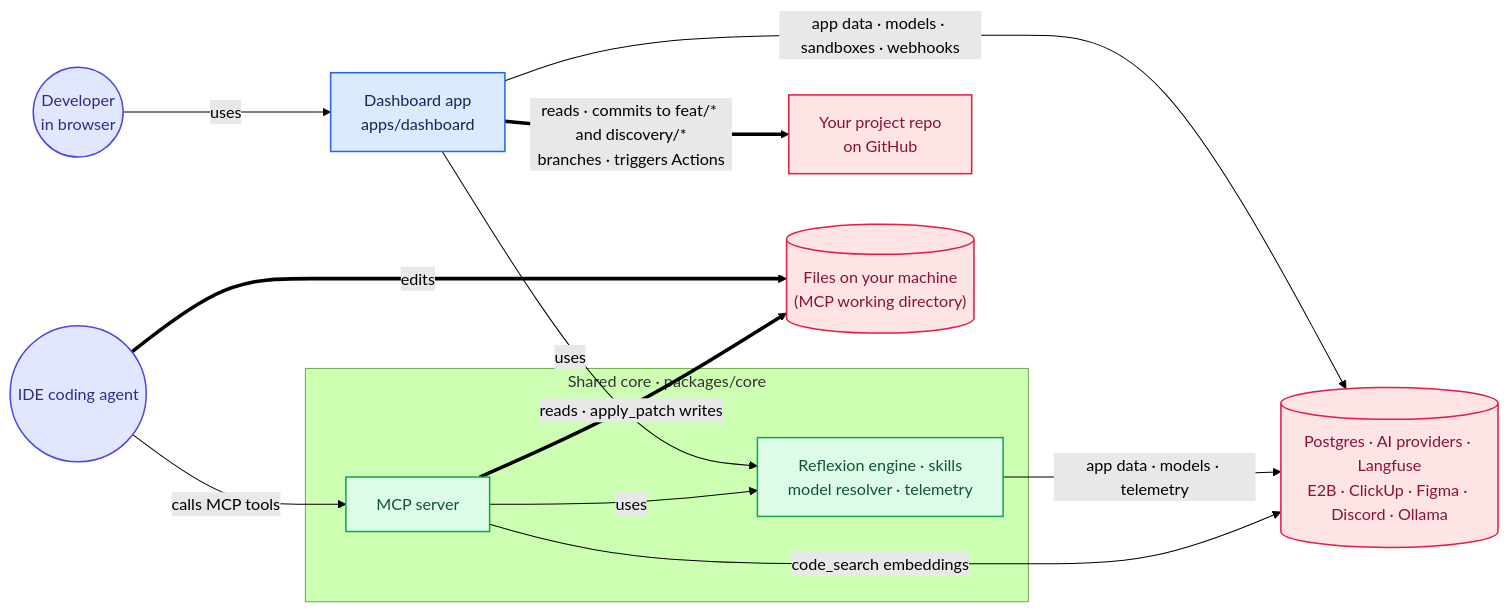
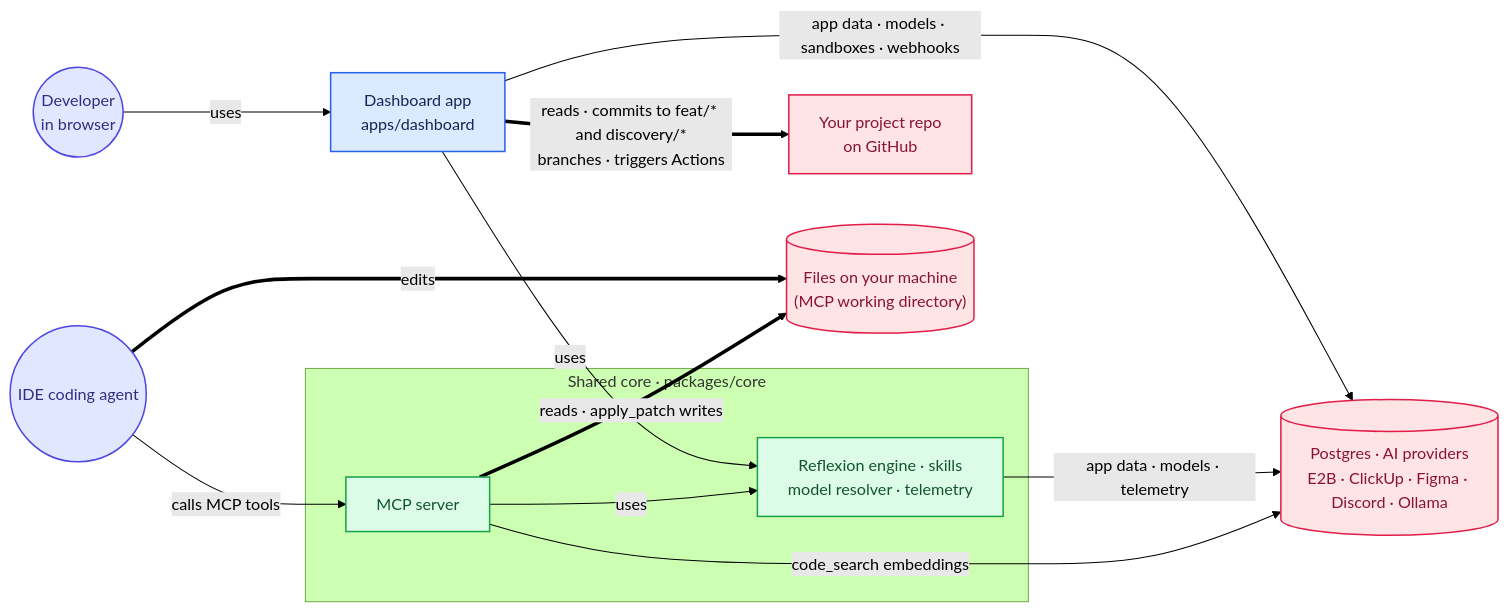
Before and after one commit to bronz3beard/ai.tech-lead-stack: the first of 10 diagrams in README.md, drawn with Mermaid (forest theme). The commit also changed other lines of this file and 84 other files, not shown here.

````diff
--- a/README.md
+++ b/README.md
@@ -71,35 +71,35 @@
 ```mermaid
 flowchart LR
   dev(("Developer<br/>in browser"))
   agent(("IDE coding agent"))
   dash["Dashboard app<br/>apps/dashboard"]
 
   subgraph core["Shared core · packages/core"]
     mcp["MCP server"]
     libs["Reflexion engine · skills<br/>model resolver · telemetry"]
   end
 
   repo["Your project repo<br/>on GitHub"]
   code[("Files on your machine<br/>(MCP working directory)")]
-  ext[("Postgres · AI providers · Langfuse<br/>E2B · ClickUp · Figma · Discord · Ollama")]
+  ext[("Postgres · AI providers<br/>E2B · ClickUp · Figma · Discord · Ollama")]
 
   dev -->|"uses"| dash
   agent -->|"calls MCP tools"| mcp
   agent ==>|"edits"| code
   mcp ==>|"reads · apply_patch writes"| code
   dash -->|"uses"| libs
   mcp -->|"uses"| libs
   dash ==>|"reads · commits to feat/* and discovery/*<br/>branches · triggers Actions"| repo
   dash -->|"app data · models · sandboxes · webhooks"| ext
   libs -->|"app data · models · telemetry"| ext
   mcp -->|"code_search embeddings"| ext
 
   classDef actor fill:#e0e7ff,stroke:#4f46e5,stroke-width:1.5px,color:#312e81
   classDef app fill:#dbeafe,stroke:#2563eb,stroke-width:1.5px,color:#172554
   classDef coreNode fill:#dcfce7,stroke:#16a34a,stroke-width:1.5px,color:#14532d
   classDef extNode fill:#ffe4e6,stroke:#e11d48,stroke-width:1.5px,color:#881337
   class dev,agent actor
   class dash app
   class mcp,libs coreNode
   class repo,code,ext extNode
 ```
````
